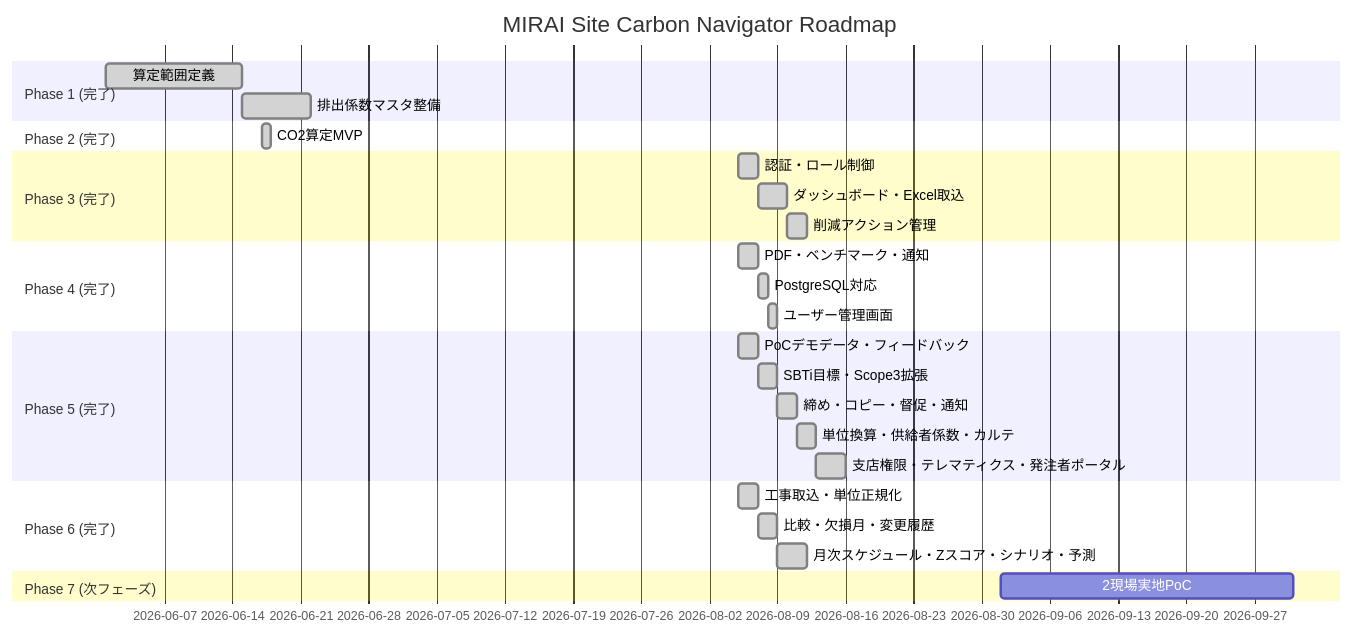
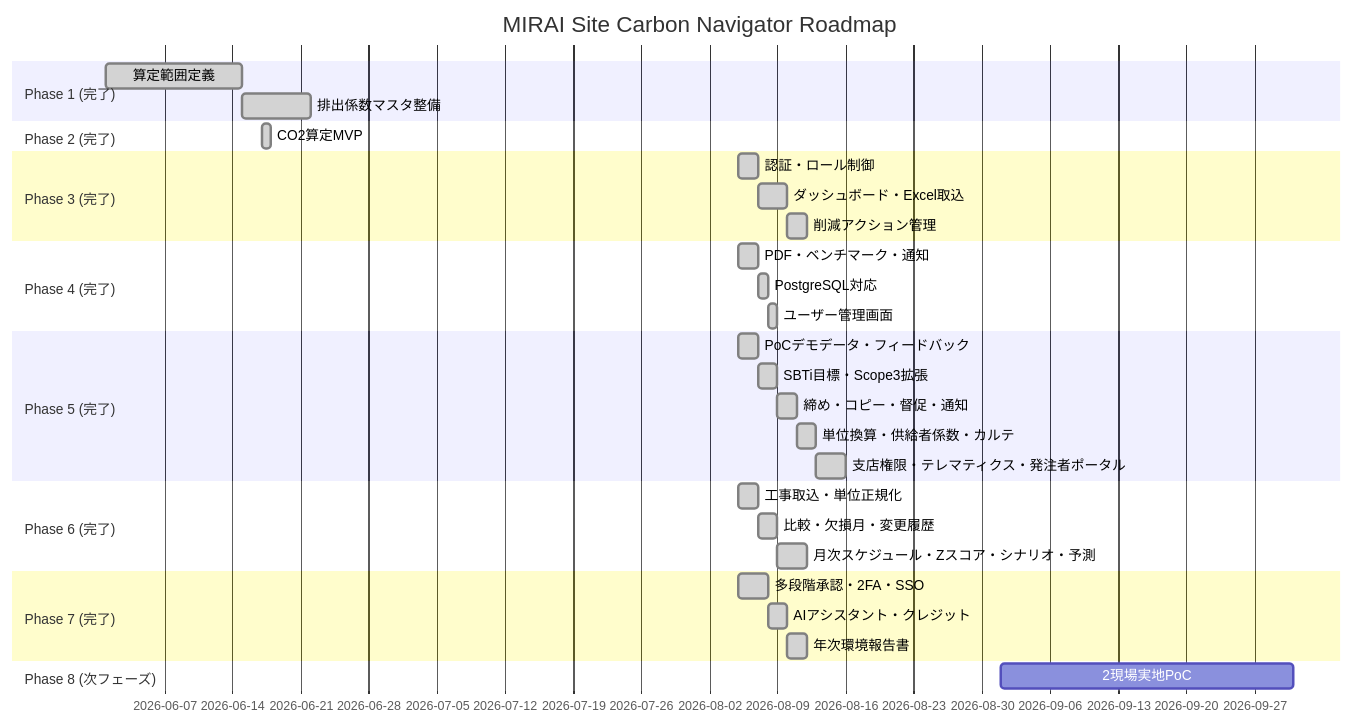
One commit to Kensan196948G/MIRAI_Site_Carbon_Navigator changed the second of 2 diagrams in README.md. Above: the diagram before and after it, drawn with Mermaid. The commit also changed other lines of this file and 19 other files, not shown here.

Commit message:
feat: 多段階承認/2FA/SSO-OIDC/AI削減アシスタント/カーボンクレジット/年次環境報告書を実装し156テスト通過

````diff
--- a/README.md
+++ b/README.md
@@ -259,30 +276,34 @@
 ```mermaid
 gantt
   title MIRAI Site Carbon Navigator Roadmap
   dateFormat YYYY-MM-DD
   section Phase 1 (完了)
   算定範囲定義             :done, a1, 2026-06-01, 14d
   排出係数マスタ整備       :done, a2, after a1, 7d
   section Phase 2 (完了)
   CO2算定MVP              :done, b1, 2026-06-17, 1d
   section Phase 3 (完了)
   認証・ロール制御         :done, c1, 2026-08-05, 2d
   ダッシュボード・Excel取込 :done, c2, after c1, 3d
   削減アクション管理       :done, c3, after c2, 2d
   section Phase 4 (完了)
   PDF・ベンチマーク・通知   :done, d1, 2026-08-05, 2d
   PostgreSQL対応           :done, d2, after d1, 1d
   ユーザー管理画面          :done, d3, after d2, 1d
   section Phase 5 (完了)
   PoCデモデータ・フィードバック :done, e1, 2026-08-05, 2d
   SBTi目標・Scope3拡張        :done, e2, after e1, 2d
   締め・コピー・督促・通知     :done, e3, after e2, 2d
   単位換算・供給者係数・カルテ :done, e4, after e3, 2d
   支店権限・テレマティクス・発注者ポータル :done, e5, after e4, 3d
   section Phase 6 (完了)
   工事取込・単位正規化        :done, f1, 2026-08-05, 2d
   比較・欠損月・変更履歴      :done, f2, after f1, 2d
   月次スケジュール・Zスコア・シナリオ・予測 :done, f3, after f2, 3d
-  section Phase 7 (次フェーズ)
-  2現場実地PoC                :g1, 2026-09-01, 30d
+  section Phase 7 (完了)
+  多段階承認・2FA・SSO        :done, g1, 2026-08-05, 3d
+  AIアシスタント・クレジット  :done, g2, after g1, 2d
+  年次環境報告書              :done, g3, after g2, 2d
+  section Phase 8 (次フェーズ)
+  2現場実地PoC                :h1, 2026-09-01, 30d
 ```
````
